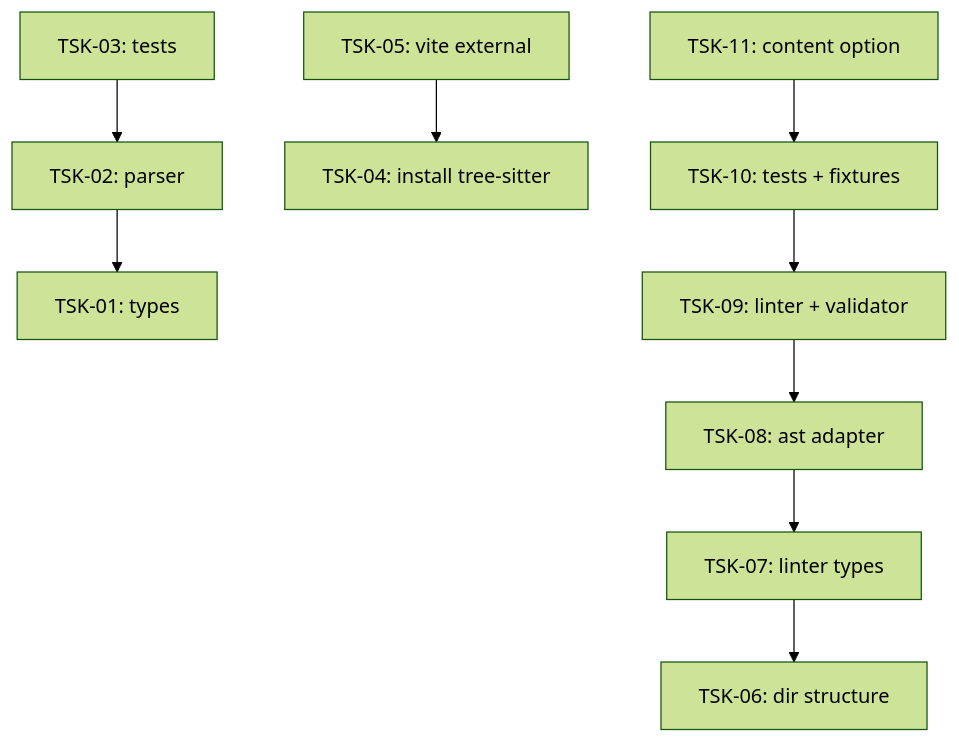
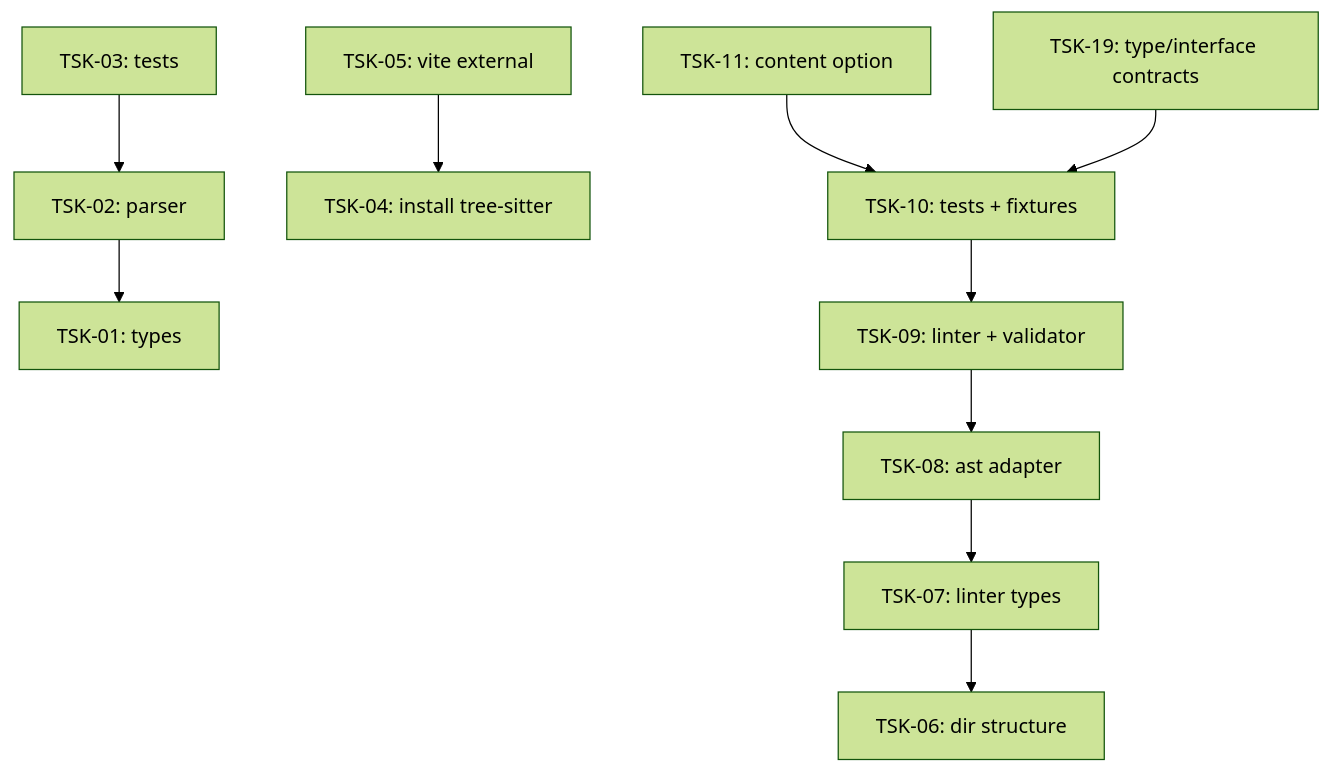
The diagram in tasks/dbc/README.md (RubaXa/gennady), drawn with Mermaid (forest theme) before and after one commit. The commit also changed other lines of this file and 5 other files, not shown here.

First line of the commit message:
feat: type alias + interface property function-typed contract validation

````diff
--- a/tasks/dbc/README.md
+++ b/tasks/dbc/README.md
@@ -29,22 +29,24 @@
 ```mermaid
 graph TD
     TSK-01[TSK-01: types]
     TSK-02[TSK-02: parser]
     TSK-03[TSK-03: tests]
     TSK-02 --> TSK-01
     TSK-03 --> TSK-02
     TSK-04[TSK-04: install tree-sitter]
     TSK-05[TSK-05: vite external]
     TSK-06[TSK-06: dir structure]
     TSK-07[TSK-07: linter types]
     TSK-08[TSK-08: ast adapter]
     TSK-09[TSK-09: linter + validator]
     TSK-10[TSK-10: tests + fixtures]
     TSK-05 --> TSK-04
     TSK-07 --> TSK-06
     TSK-08 --> TSK-07
     TSK-09 --> TSK-08
     TSK-10 --> TSK-09
     TSK-11[TSK-11: content option]
     TSK-11 --> TSK-10
+    TSK-19[TSK-19: type/interface contracts]
+    TSK-19 --> TSK-10
 ```
````
